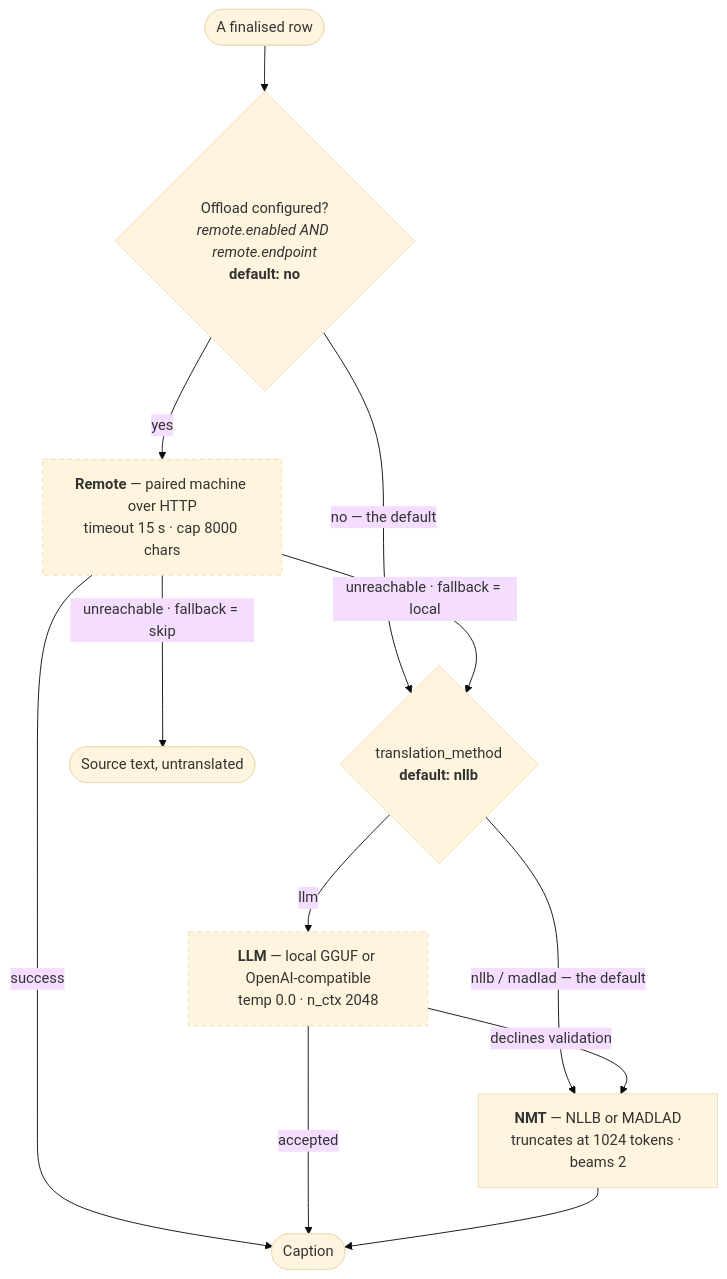
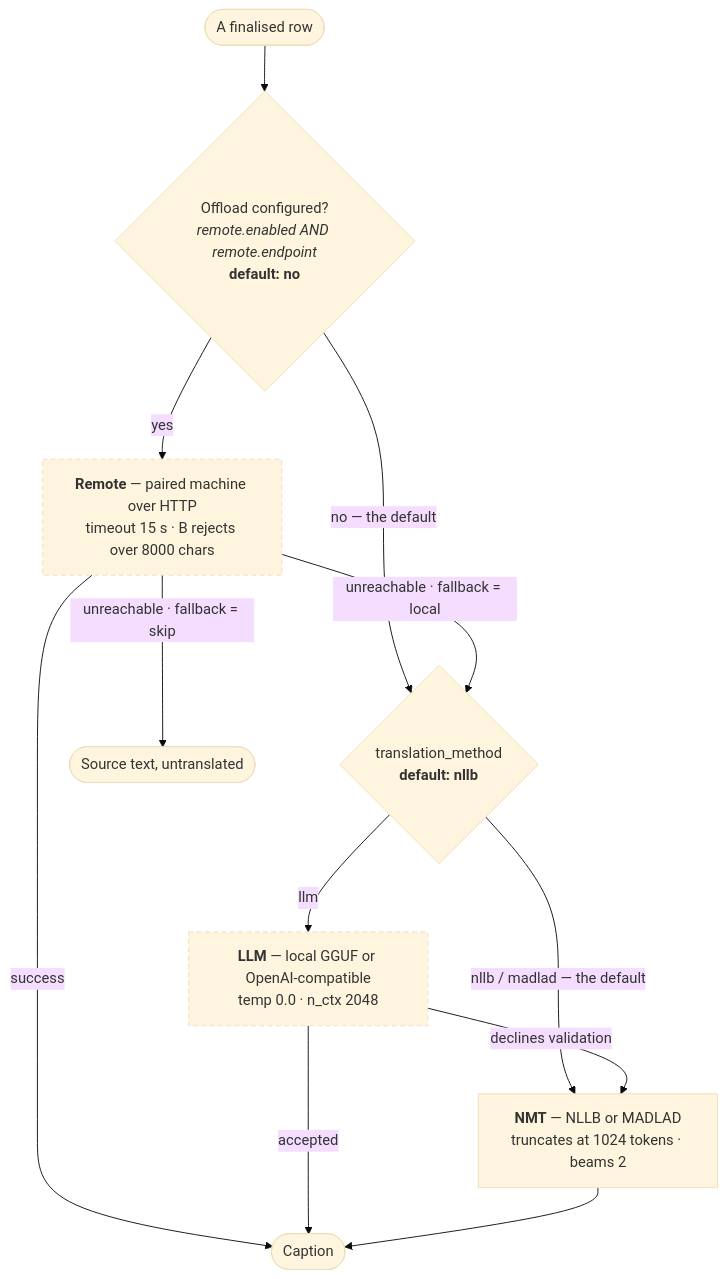
The eighth of 12 diagrams in PIPELINE.md (ChurchPresenter/STT), drawn with Mermaid (base theme) before and after one commit. The commit also changed other lines of this file, not shown here.

````diff
--- a/PIPELINE.md
+++ b/PIPELINE.md
@@ -361,26 +388,26 @@
 ```mermaid
 flowchart TD
     IN(["A finalised row"])
     G1{"Offload configured?<br/><i>remote.enabled AND remote.endpoint</i><br/><b>default: no</b>"}
-    RM["<b>Remote</b> — paired machine over HTTP<br/>timeout 15 s · cap 8000 chars"]
+    RM["<b>Remote</b> — paired machine over HTTP<br/>timeout 15 s · B rejects over 8000 chars"]
     G2{"translation_method<br/><b>default: nllb</b>"}
     LM["<b>LLM</b> — local GGUF or OpenAI-compatible<br/>temp 0.0 · n_ctx 2048"]
     NM["<b>NMT</b> — NLLB or MADLAD<br/>truncates at 1024 tokens · beams 2"]
     OUT(["Caption"])
     SRC(["Source text, untranslated"])
 
     IN --> G1
     G1 -->|no — the default| G2
     G1 -->|yes| RM
     RM -->|success| OUT
     RM -->|unreachable · fallback = skip| SRC
     RM -->|unreachable · fallback = local| G2
     G2 -->|llm| LM
     G2 -->|nllb / madlad — the default| NM
     LM -->|accepted| OUT
     LM -->|declines validation| NM
     NM --> OUT
 
     classDef optin stroke-dasharray:5 4;
     class RM,LM optin;
 ```
````
